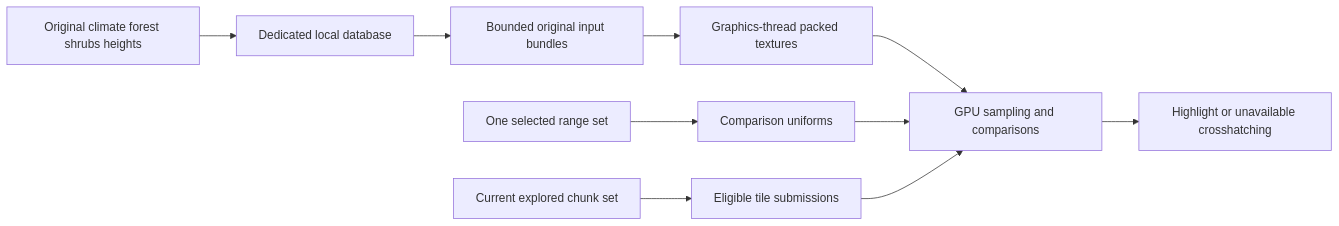
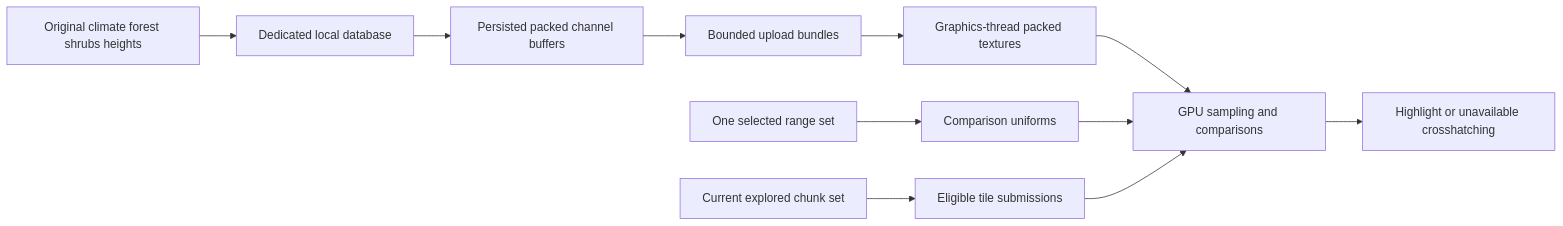
One commit to dsisco11/VanillaExpanded changed the diagram in docs/ecosystem-map/HabitatEvaluation.md. Above: the diagram before and after it, drawn with Mermaid. The commit also changed other lines of this file and 21 other files, not shown here.

````diff
--- a/docs/ecosystem-map/HabitatEvaluation.md
+++ b/docs/ecosystem-map/HabitatEvaluation.md
@@ -9,12 +9,13 @@
 ```mermaid
 flowchart LR
     Capture[Original climate forest shrubs heights] --> Storage[Dedicated local database]
-    Storage --> Bundles[Bounded original input bundles]
+    Storage --> Packed[Persisted packed channel buffers]
+    Packed --> Bundles[Bounded upload bundles]
     Bundles --> Upload[Graphics-thread packed textures]
     Selection[One selected range set] --> Uniforms[Comparison uniforms]
     Upload --> Shader[GPU sampling and comparisons]
     Uniforms --> Shader
     Coverage[Current explored chunk set] --> Draw[Eligible tile submissions]
     Draw --> Shader
     Shader --> Output[Highlight or unavailable crosshatching]
 ```
````
